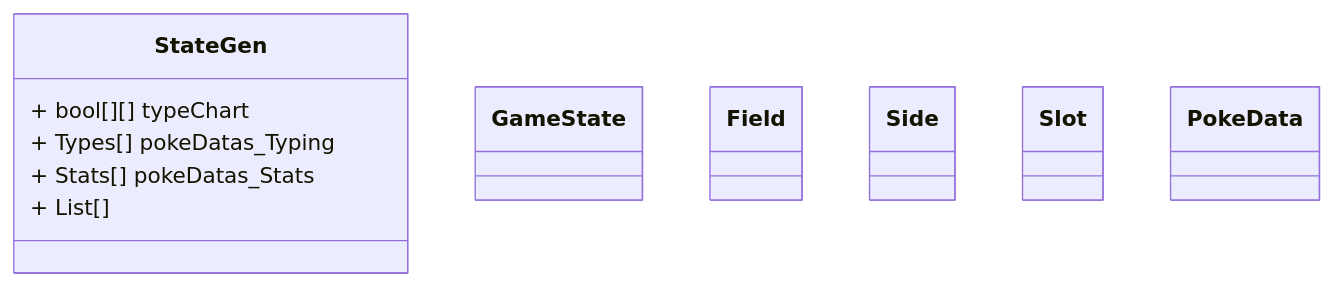
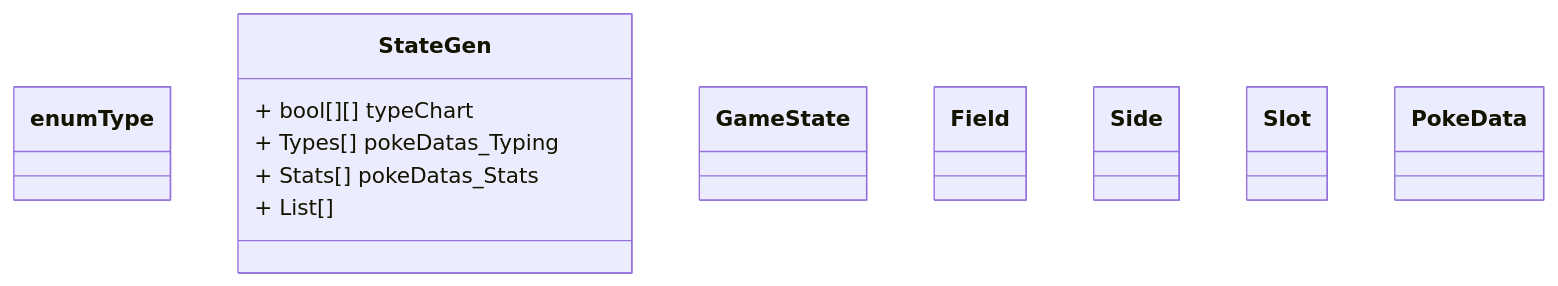
One commit to UtaSzane/iodraw-files changed the diagram in all/Untitled.md. Above: the diagram before and after it, drawn with Mermaid.

Commit message:
2026-06-07 23:28:26 update

````diff
--- a/all/Untitled.md
+++ b/all/Untitled.md
@@ -1,25 +1,27 @@
 ```mermaid
 classDiagram
-    enum 
+    class enum Type {
+
+    }
     class StateGen {
         + bool[][] typeChart
         + Types[] pokeDatas_Typing
         + Stats[] pokeDatas_Stats
         + List[]
     }  
     class GameState {
 
     }
     class Field {
 
     }
     class Side {
 
     }
     class Slot {
 
     }
     class PokeData {
 
     }
 ```
````
